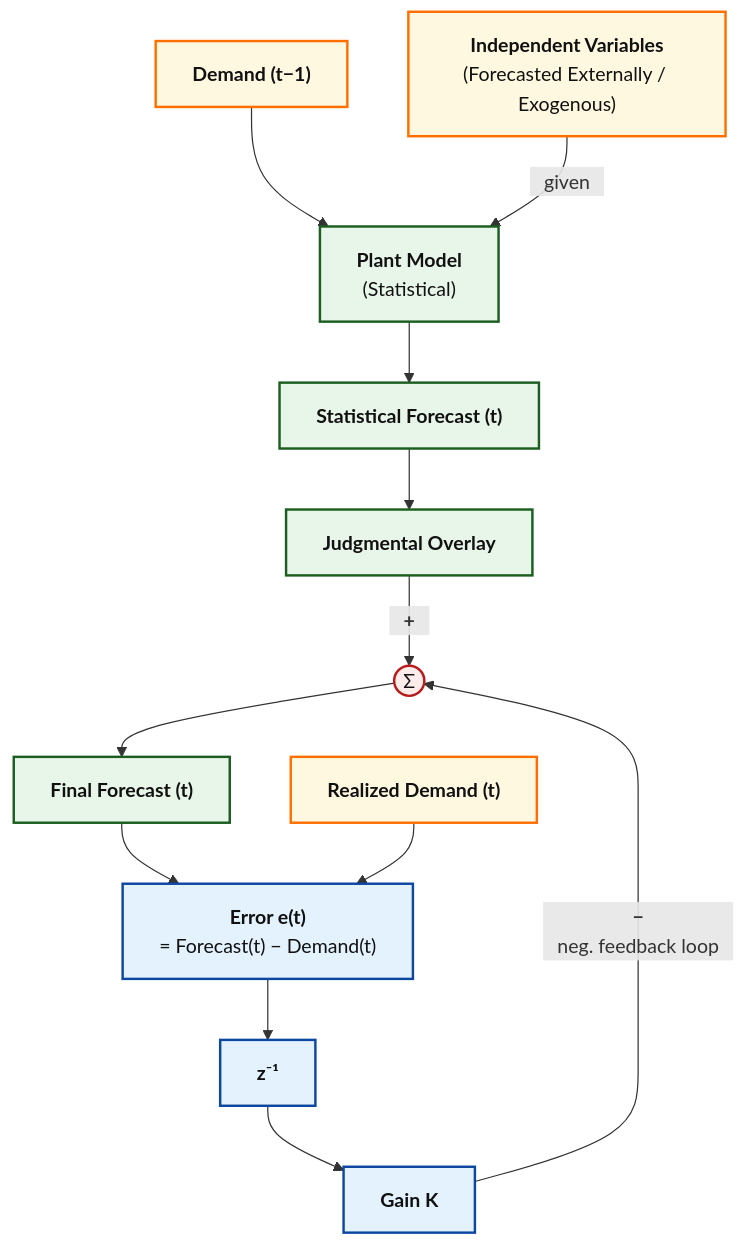
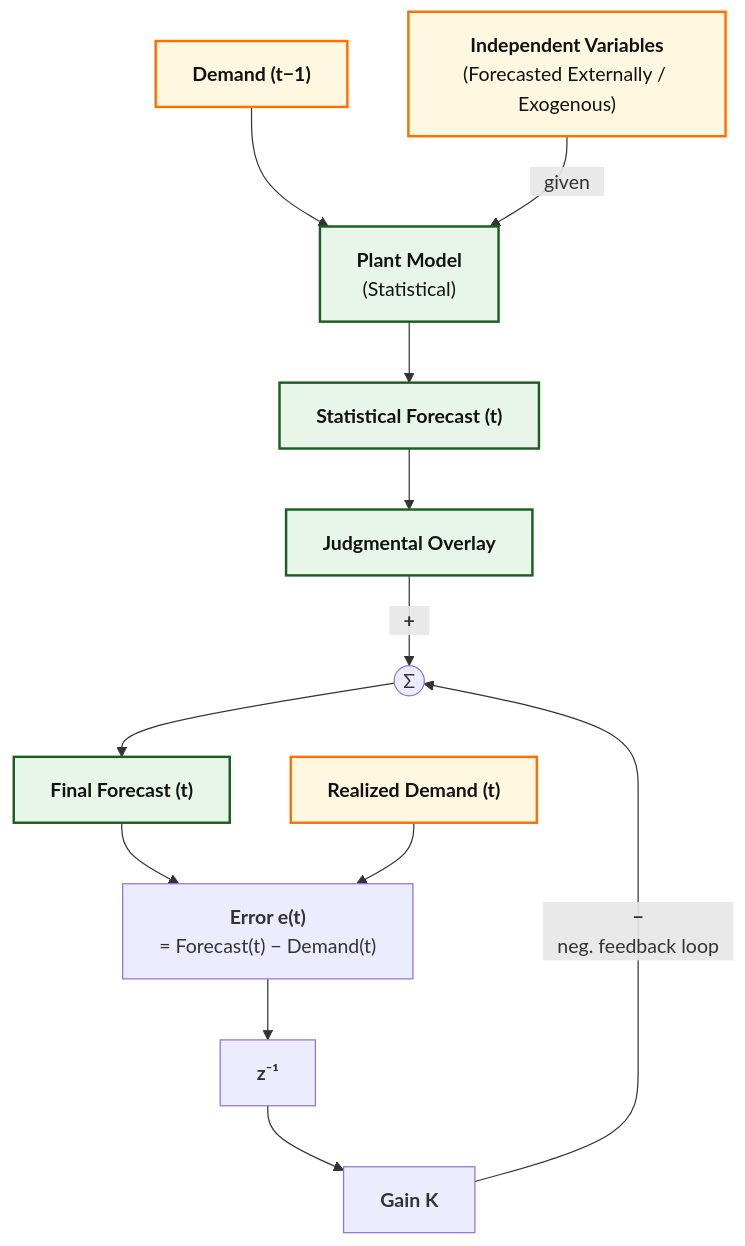
One commit to Tellusant/docs changed the diagram in articles-posts/judgmental-mechanical.md. Above: the diagram before and after it, drawn with Mermaid. The commit also changed other lines of this file, not shown here.

```diff
--- a/articles-posts/judgmental-mechanical.md
+++ b/articles-posts/judgmental-mechanical.md
@@ -24,51 +24,51 @@
 <div class="mermaid">
   
 flowchart TD
 
 %%{init: {'themeVariables': { 'fontFamily': 'Arial'}}}%%
 %% ===== Inputs =====
-D1["`**Demand (t−1)**`"]:::mixed
-X["`**Independent Variables**<br/>(Forecasted Externally / Exogenous)`"]:::mixed
+D1["`**Demand (t−1)**`"]:::orange
+X["`**Independent Variables**<br/>(Forecasted Externally / Exogenous)`"]:::orange
 
 %% ===== Baseline model =====
-M["`**Plant Model**<br/>(Statistical)`"]:::strong
-S["`**Statistical Forecast (t)**`"]:::strong
+M["`**Plant Model**<br/>(Statistical)`"]:::green
+S["`**Statistical Forecast (t)**`"]:::green
 
 %% ===== Judgment and correction =====
-J["`**Judgmental Overlay**`"]:::strong
+J["`**Judgmental Overlay**`"]:::green
 Sum((Σ)):::risk
 K["`**Gain K**`"]:::neutral
-F["`**Final Forecast (t)**`"]:::strong
+F["`**Final Forecast (t)**`"]:::green
 
 %% ===== Realized demand =====
-R["`**Realized Demand (t)**`"]:::mixed
+R["`**Realized Demand (t)**`"]:::orange
 
 %% ===== Error and delay =====
 E["`**Error e(t)**<br/>= Forecast(t) − Demand(t)`"]:::neutral
 Delay["`**z⁻¹**`"]:::neutral
 
 %% ===== Forward path =====
 D1 --> M
 X -->|⠀given⠀| M
 M --> S
 S --> J
 J -->|"`⠀**+**⠀`"| Sum
 Sum --> F
 
 %% ===== Error computation =====
 F --> E
 R --> E
 
 %% ===== Feedback =====
 E --> Delay
 Delay --> K
 K -->|"`⠀**−**⠀<br/>⠀neg. feedback loop⠀`"| Sum
 
 %% ========= STYLES =========
-classDef strong  fill:#E8F5E9,stroke:#1B5E20,stroke-width:2px,color:#111;
-classDef neutral fill:#E3F2FD,stroke:#0D47A1,stroke-width:2px,color:#111;
-classDef mixed   fill:#FFF8E1,stroke:#FF6F00,stroke-width:2px,color:#111;
-classDef risk    fill:#FDECEA,stroke:#B71C1C,stroke-width:2px,color:#111;
-classDef summary fill:#F5F5F5,stroke:#424242,stroke-width:2px,color:#111;
+classDef green   fill:#E8F5E9,stroke:#1B5E20,stroke-width:2px,color:#111;
+classDef blue    fill:#E3F2FD,stroke:#0D47A1,stroke-width:2px,color:#111;
+classDef orange  fill:#FFF8E1,stroke:#FF6F00,stroke-width:2px,color:#111;
+classDef red     fill:#FDECEA,stroke:#B71C1C,stroke-width:2px,color:#111;
+classDef grey    fill:#F5F5F5,stroke:#424242,stroke-width:2px,color:#111;
 
 </div>
```
